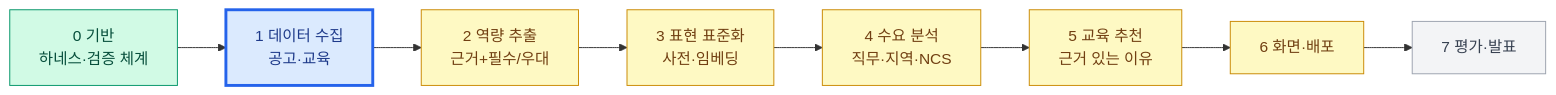
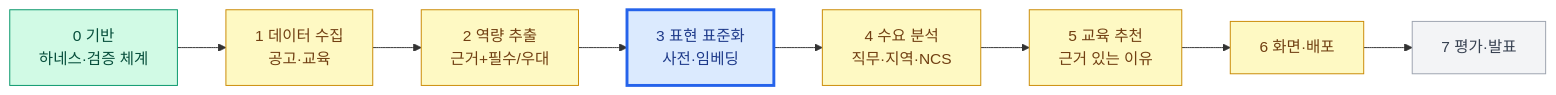
The diagram in docs/workflow.md (Sean9201/AWS_career_project), drawn with Mermaid before and after one commit. The commit also changed other lines of this file and 12 other files, not shown here.

````diff
--- a/docs/workflow.md
+++ b/docs/workflow.md
@@ -12,16 +12,16 @@
 ```mermaid
 flowchart LR
   S0["0 기반<br/>하네스·검증 체계"]:::done
-  S1["1 데이터 수집<br/>공고·교육"]:::current
+  S1["1 데이터 수집<br/>공고·교육"]:::partial
   S2["2 역량 추출<br/>근거+필수/우대"]:::partial
-  S3["3 표현 표준화<br/>사전·임베딩"]:::partial
+  S3["3 표현 표준화<br/>사전·임베딩"]:::current
   S4["4 수요 분석<br/>직무·지역·NCS"]:::partial
   S5["5 교육 추천<br/>근거 있는 이유"]:::partial
   S6["6 화면·배포"]:::partial
   S7["7 평가·발표"]:::todo
   S0 --> S1 --> S2 --> S3 --> S4 --> S5 --> S6 --> S7
   classDef done fill:#d1fae5,stroke:#059669,color:#064e3b
   classDef current fill:#dbeafe,stroke:#2563eb,stroke-width:3px,color:#1e3a8a
   classDef partial fill:#fef9c3,stroke:#ca8a04,color:#713f12
   classDef todo fill:#f3f4f6,stroke:#9ca3af,color:#374151
 ```
````
